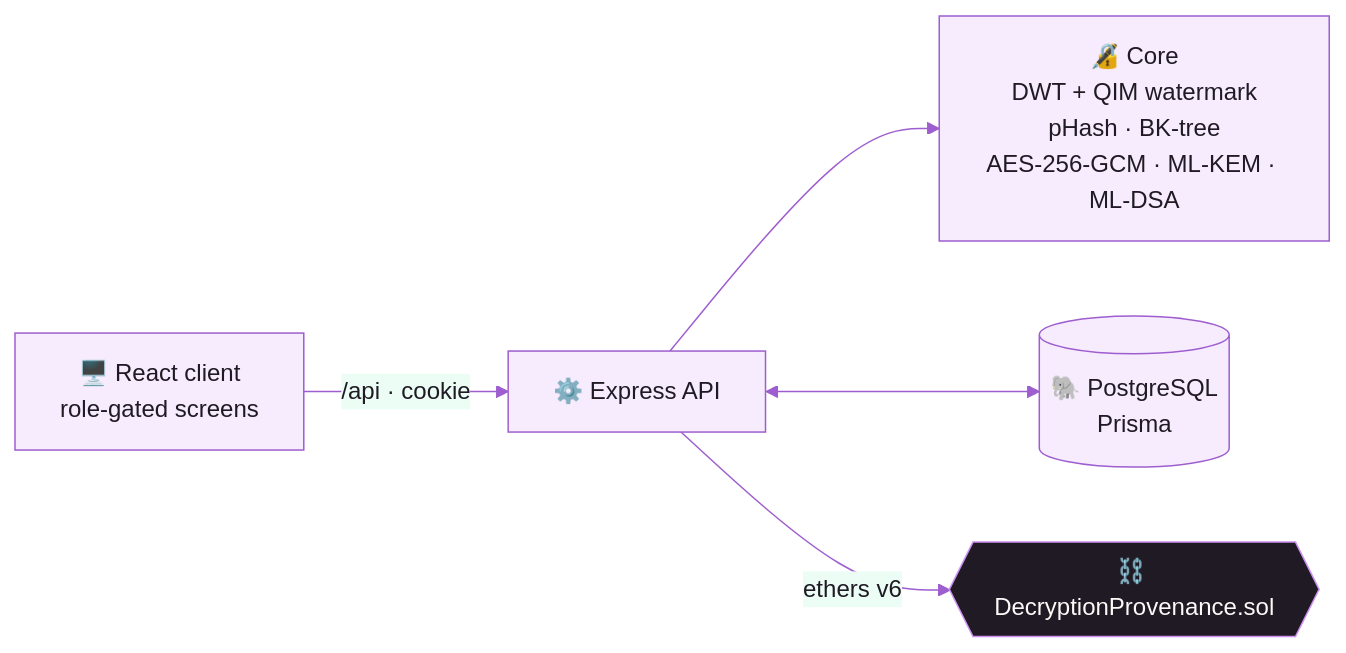
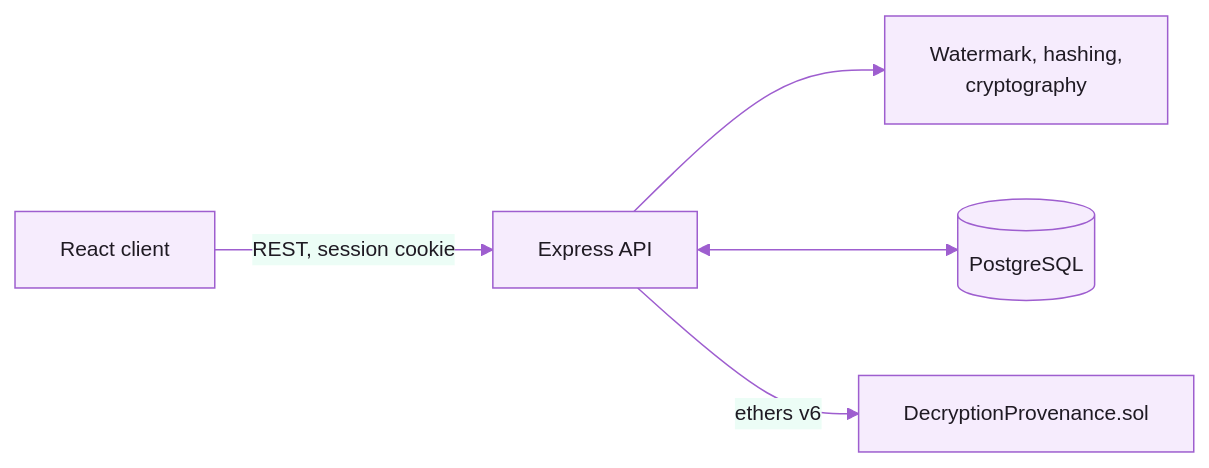
One commit to TIRTHPATEL3086/idex_trinetra changed the first of 2 diagrams in README.md. Above: the diagram before and after it, drawn with Mermaid. The commit also changed other lines of this file, not shown here.

````diff
--- a/README.md
+++ b/README.md
@@ -34,10 +58,8 @@
 ```mermaid
-%%{init: {'theme':'base','themeVariables':{'fontFamily':'Inter, Segoe UI, sans-serif','primaryColor':'#f6ecfd','primaryBorderColor':'#9e5ecf','primaryTextColor':'#1f1a23','lineColor':'#9e5ecf'}}}%%
+%%{init: {'theme':'base','themeVariables':{'fontFamily':'Inter, -apple-system, Segoe UI, sans-serif','fontSize':'14px','primaryColor':'#f6ecfd','primaryBorderColor':'#9e5ecf','primaryTextColor':'#1f1a23','lineColor':'#9e5ecf','clusterBkg':'#fff8f8','clusterBorder':'#e7dde0'}}}%%
 flowchart LR
-    UI["🖥️ React client<br/>role-gated screens"] -- "/api · cookie" --> API["⚙️ Express API"]
-    API --> CORE["🔏 Core<br/>DWT + QIM watermark<br/>pHash · BK-tree<br/>AES-256-GCM · ML-KEM · ML-DSA"]
-    API <--> DB[("🐘 PostgreSQL<br/>Prisma")]
-    API -- "ethers v6" --> CH{{"⛓️ DecryptionProvenance.sol"}}
-    classDef dark fill:#1f1a23,stroke:#cc91f0,color:#fff8f8
-    class CH dark
+    Client["React client"] -->|REST, session cookie| API["Express API"]
+    API --> Core["Watermark, hashing,<br/>cryptography"]
+    API <--> DB[("PostgreSQL")]
+    API -->|ethers v6| Chain["DecryptionProvenance.sol"]
 ```
````
